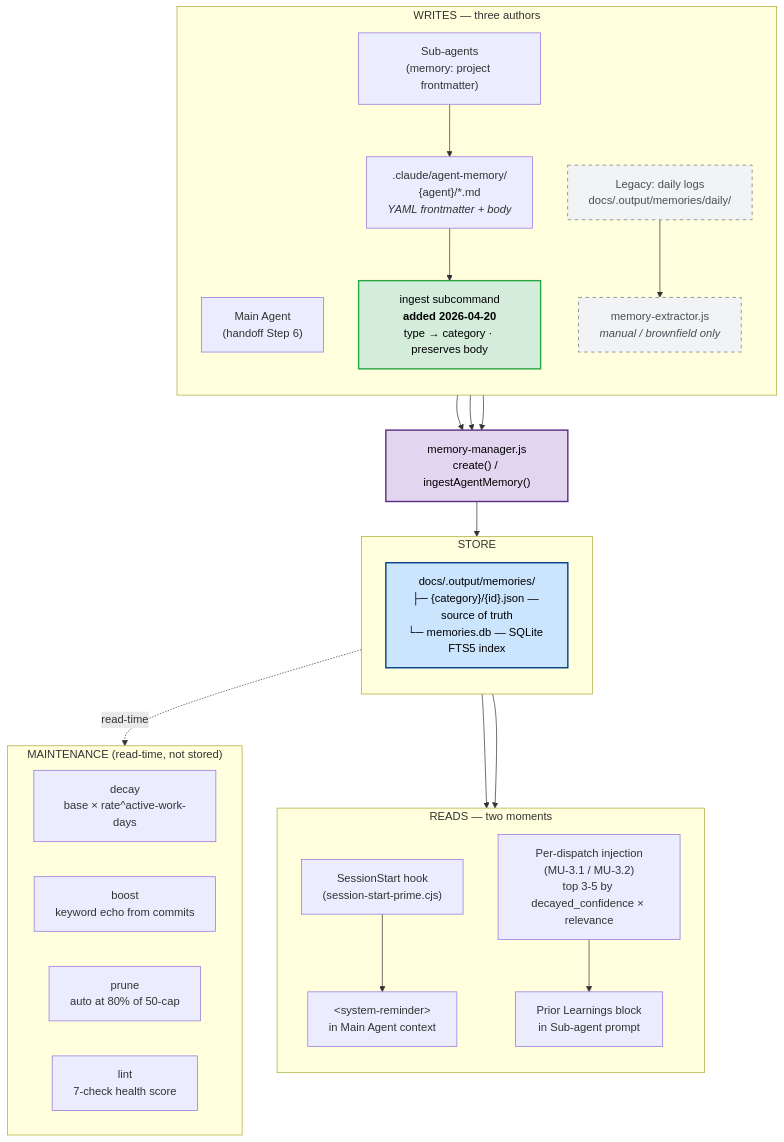
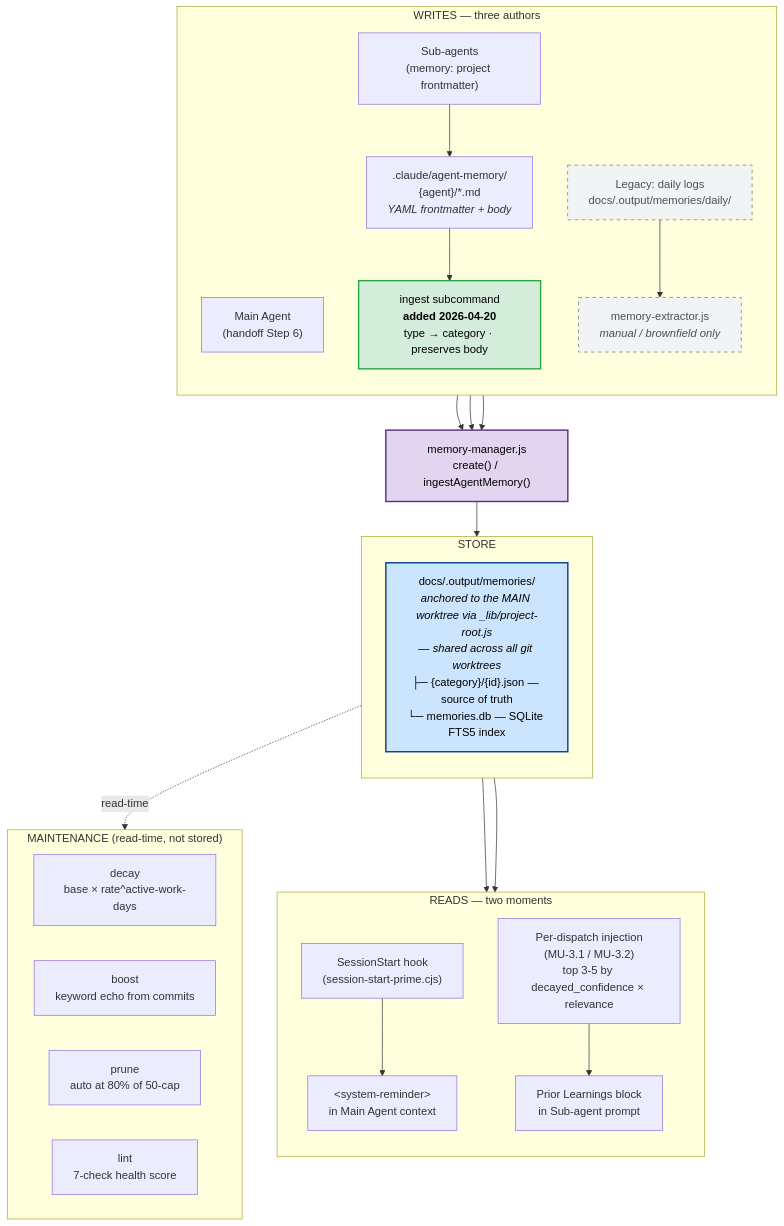
The diagram in docs/reference/memory-flow.md (Domdhi/Agents.Domdhi), drawn with Mermaid before and after one commit. The commit also changed 35 other files, not shown here.

````diff
--- a/docs/reference/memory-flow.md
+++ b/docs/reference/memory-flow.md
@@ -9,66 +9,66 @@
 ```mermaid
 flowchart TD
     %% ── Writes ─────────────────────────────────────────────────────
     subgraph WRITES["WRITES — three authors"]
         direction TB
         MA["Main Agent<br/>(handoff Step 6)"]
         SA["Sub-agents<br/>(memory: project frontmatter)"]
         LEG["Legacy: daily logs<br/>docs/.output/memories/daily/"]
 
         AMEM[".claude/agent-memory/<br/>{agent}/*.md<br/><i>YAML frontmatter + body</i>"]
         INGEST["ingest subcommand<br/><b>added 2026-04-20</b><br/>type → category · preserves body"]
         EXTRACTOR["memory-extractor.js<br/><i>manual / brownfield only</i>"]
 
         SA --> AMEM
         AMEM --> INGEST
         LEG --> EXTRACTOR
     end
 
     %% ── Write API ──────────────────────────────────────────────────
     MGR["memory-manager.js<br/>create() / ingestAgentMemory()"]
     MA --> MGR
     INGEST --> MGR
     EXTRACTOR --> MGR
 
     %% ── Store ──────────────────────────────────────────────────────
     subgraph STOREBOX["STORE"]
         direction TB
-        STORE["docs/.output/memories/<br/>├─ {category}/{id}.json — source of truth<br/>└─ memories.db — SQLite FTS5 index"]
+        STORE["docs/.output/memories/<br/><i>anchored to the MAIN worktree via _lib/project-root.js<br/>— shared across all git worktrees</i><br/>├─ {category}/{id}.json — source of truth<br/>└─ memories.db — SQLite FTS5 index"]
     end
     MGR --> STORE
 
     %% ── Reads ──────────────────────────────────────────────────────
     subgraph READS["READS — two moments"]
         direction TB
         SSP["SessionStart hook<br/>(session-start-prime.cjs)"]
         DISP["Per-dispatch injection<br/>(MU-3.1 / MU-3.2)<br/>top 3-5 by decayed_confidence × relevance"]
         SR["&lt;system-reminder&gt;<br/>in Main Agent context"]
         PL["Prior Learnings block<br/>in Sub-agent prompt"]
 
         SSP --> SR
         DISP --> PL
     end
     STORE --> SSP
     STORE --> DISP
 
     %% ── Maintenance ────────────────────────────────────────────────
     subgraph MAINT["MAINTENANCE (read-time, not stored)"]
         direction LR
         DECAY["decay<br/>base × rate^active-work-days"]
         BOOST["boost<br/>keyword echo from commits"]
         PRUNE["prune<br/>auto at 80% of 50-cap"]
         LINT["lint<br/>7-check health score"]
     end
     STORE -.->|read-time| MAINT
 
     %% ── Styling ────────────────────────────────────────────────────
     classDef newPath fill:#d4edda,stroke:#28a745,stroke-width:2px,color:#000
     classDef legacyPath fill:#f1f3f5,stroke:#6c757d,stroke-dasharray:5 5,color:#495057
     classDef storeNode fill:#cce5ff,stroke:#004085,stroke-width:2px,color:#000
     classDef apiNode fill:#e2d5f0,stroke:#5a2d82,stroke-width:2px,color:#000
 
     class INGEST newPath
     class LEG,EXTRACTOR legacyPath
     class STORE storeNode
     class MGR apiNode
 ```
````
